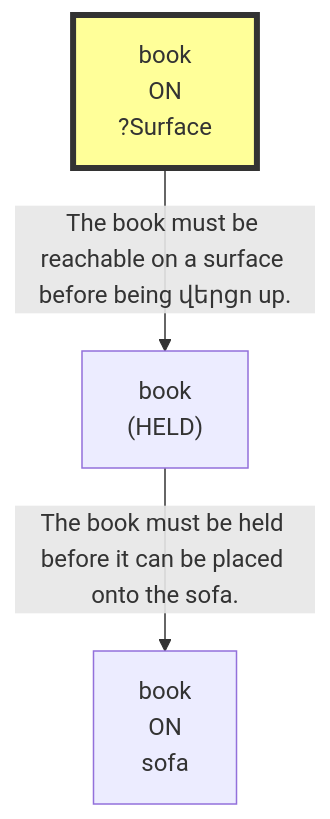
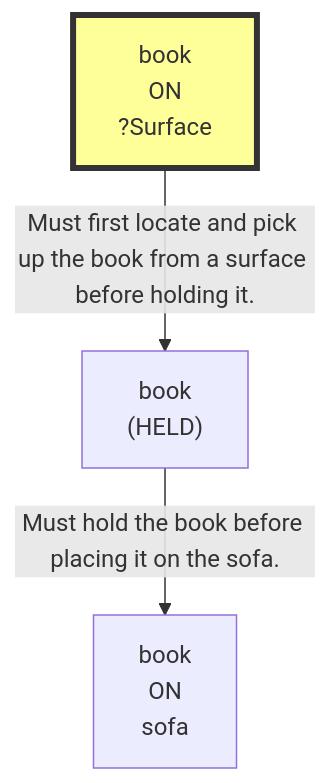
One commit to scuama/virtualhome changed the first of 10 diagrams in evaluation/results/table1/_raw/robostate/run_T1_DYN_E1_03_high.md. Above: the diagram before and after it, drawn with Mermaid. The commit also changed other lines of this file and 150 other files, not shown here.

````diff
--- a/evaluation/results/table1/_raw/robostate/run_T1_DYN_E1_03_high.md
+++ b/evaluation/results/table1/_raw/robostate/run_T1_DYN_E1_03_high.md
@@ -97,9 +96,9 @@
 ```mermaid
 graph TD
     N1["book<br>ON<br>sofa"]
     N2["book<br>(HELD)"]
     N3["book<br>ON<br>?Surface"]
     style N3 fill:#ff9,stroke:#333,stroke-width:4px
-    N2 -->|"The book must be held before it can be placed onto the sofa."| N1
-    N3 -->|"The book must be reachable on a surface before being վերցn up."| N2
+    N2 -->|"Must hold the book before placing it on the sofa."| N1
+    N3 -->|"Must first locate and pick up the book from a surface before holding it."| N2
 ```
````
